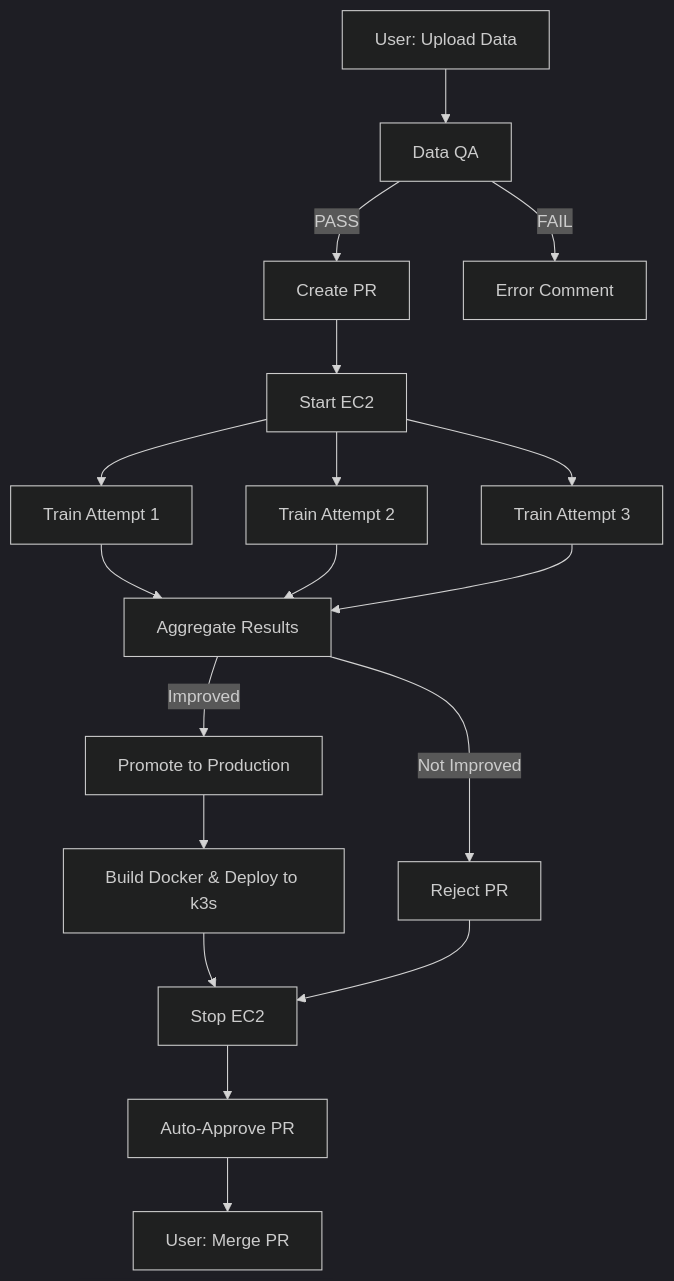
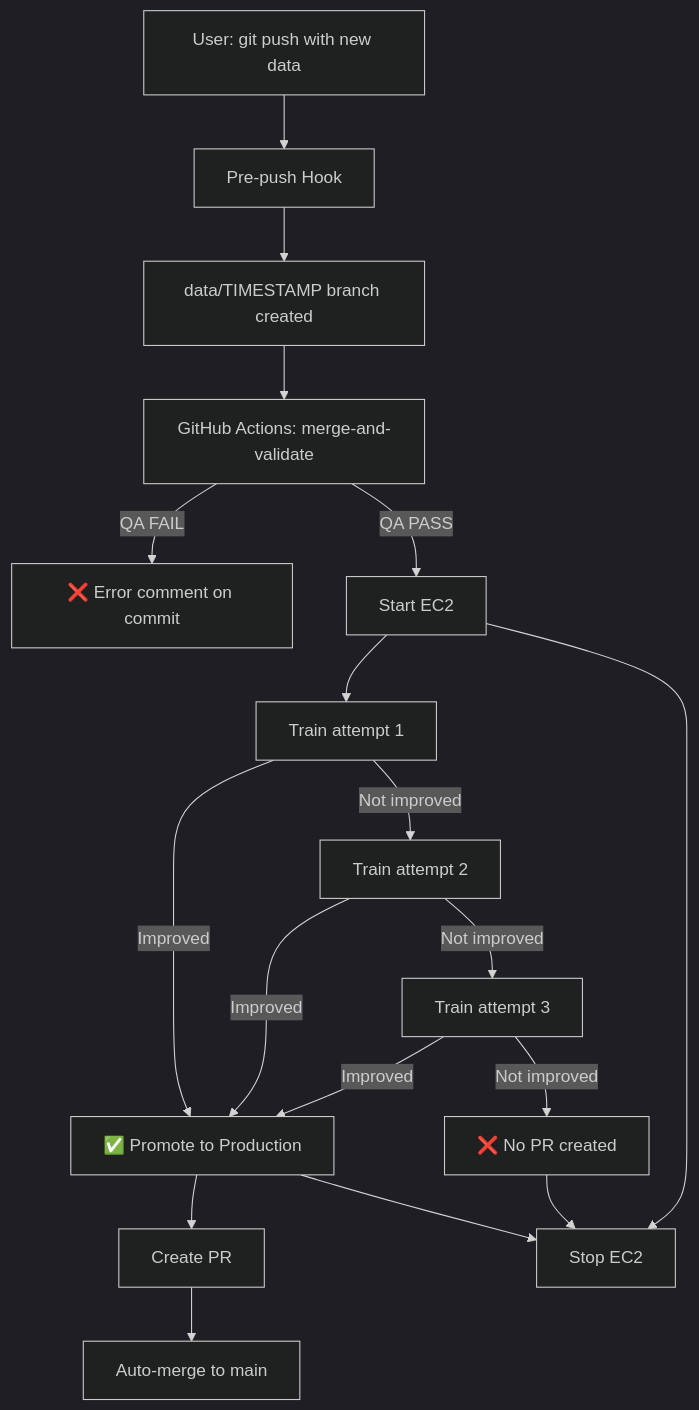
Before and after one commit to Rafallost/Water-Meters-Segmentation-Autimatization: the diagram in README.md, drawn with Mermaid (dark theme). The commit also changed other lines of this file and 1 other file, not shown here.

First line of the commit message:
docs: update README and DIAGRAMS to reflect current pipeline

````diff
--- a/README.md
+++ b/README.md
@@ -412,20 +408,20 @@
 ```mermaid
 graph TD
-    A[User: Upload Data] --> B[Data QA]
-    B -->|PASS| C[Create PR]
-    B -->|FAIL| Z[Error Comment]
-    C --> D[Start EC2]
-    D --> E[Train Attempt 1]
-    D --> F[Train Attempt 2]
-    D --> G[Train Attempt 3]
-    E --> H[Aggregate Results]
-    F --> H
-    G --> H
-    H -->|Improved| I[Promote to Production]
-    H -->|Not Improved| J[Reject PR]
-    I --> K[Build Docker & Deploy to k3s]
-    K --> L[Stop EC2]
-    J --> L
-    L --> M[Auto-Approve PR]
-    M --> N[User: Merge PR]
+    A[User: git push with new data] --> B[Pre-push Hook]
+    B --> C[data/TIMESTAMP branch created]
+    C --> D[GitHub Actions: merge-and-validate]
+    D -->|QA FAIL| Z[❌ Error comment on commit]
+    D -->|QA PASS| E[Start EC2]
+    E --> F[Train attempt 1]
+    F -->|Improved| I[✅ Promote to Production]
+    F -->|Not improved| G[Train attempt 2]
+    G -->|Improved| I
+    G -->|Not improved| H[Train attempt 3]
+    H -->|Improved| I
+    H -->|Not improved| J[❌ No PR created]
+    I --> K[Create PR]
+    K --> L[Auto-merge to main]
+    E --> M[Stop EC2]
+    I --> M
+    J --> M
 ```
````
